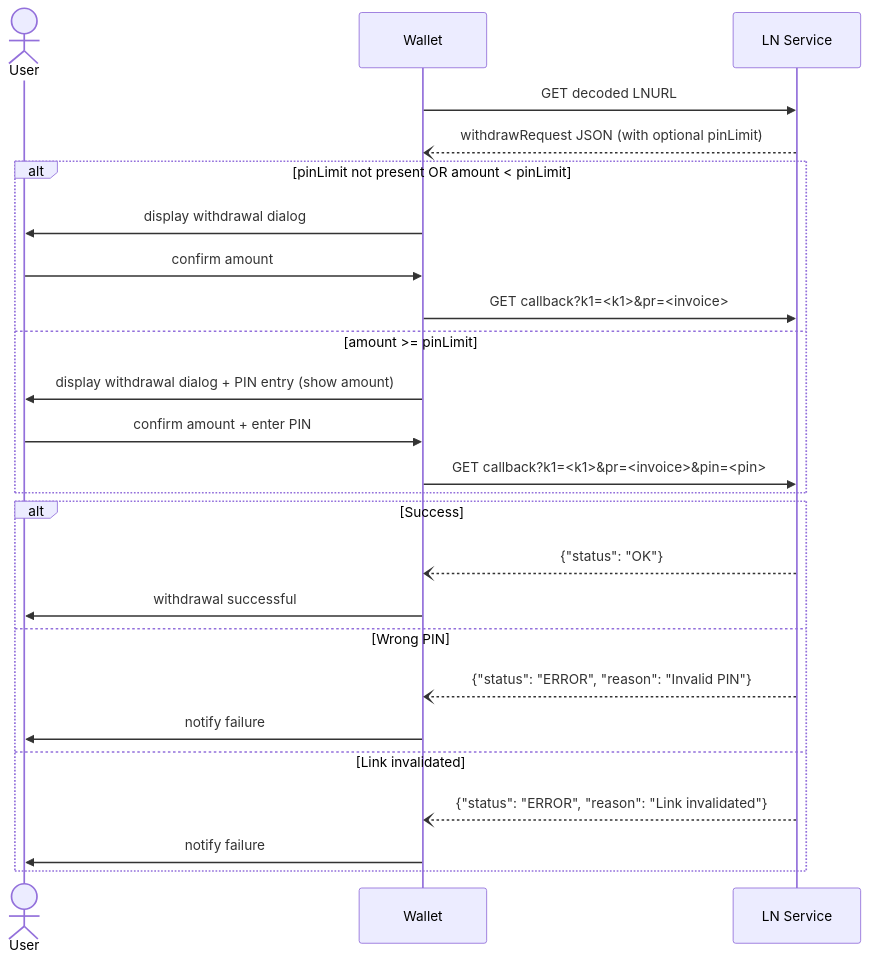
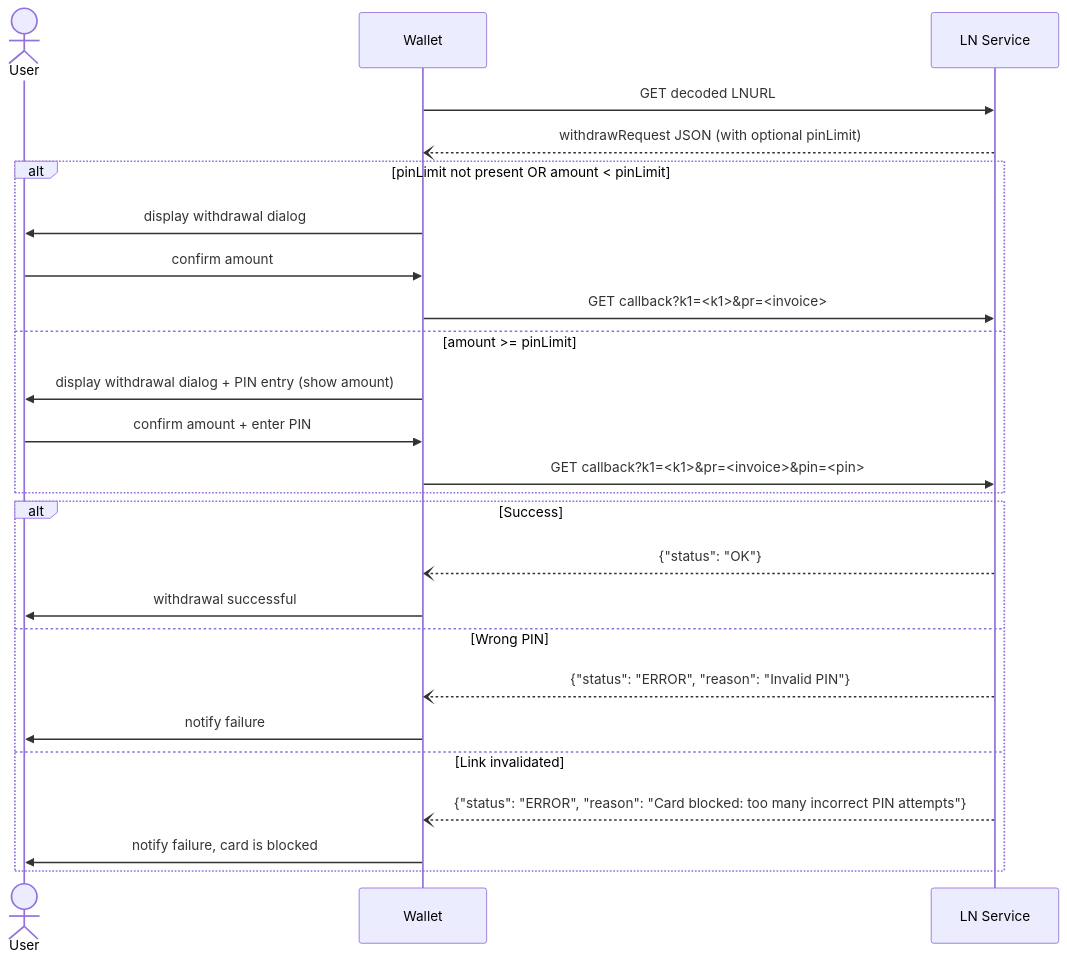
The diagram in XX.md (lnurl/luds), drawn with Mermaid before and after one commit.

Commit message:
draft: sync card-blocked error message in mermaid diagram

````diff
--- a/XX.md
+++ b/XX.md
@@ -52,30 +52,30 @@
 ```mermaid
 sequenceDiagram
     actor User
     participant Wallet
     participant LN Service
 
     Wallet->>LN Service: GET decoded LNURL
     LN Service--)Wallet: withdrawRequest JSON (with optional pinLimit)
 
     alt pinLimit not present OR amount < pinLimit
         Wallet->>User: display withdrawal dialog
         User->>Wallet: confirm amount
         Wallet->>LN Service: GET callback?k1=<k1>&pr=<invoice>
     else amount >= pinLimit
         Wallet->>User: display withdrawal dialog + PIN entry (show amount)
         User->>Wallet: confirm amount + enter PIN
         Wallet->>LN Service: GET callback?k1=<k1>&pr=<invoice>&pin=<pin>
     end
 
     alt Success
         LN Service--)Wallet: {"status": "OK"}
         Wallet->>User: withdrawal successful
     else Wrong PIN
         LN Service--)Wallet: {"status": "ERROR", "reason": "Invalid PIN"}
         Wallet->>User: notify failure
     else Link invalidated
-        LN Service--)Wallet: {"status": "ERROR", "reason": "Link invalidated"}
-        Wallet->>User: notify failure
+        LN Service--)Wallet: {"status": "ERROR", "reason": "Card blocked: too many incorrect PIN attempts"}
+        Wallet->>User: notify failure, card is blocked
     end
 ```
````
